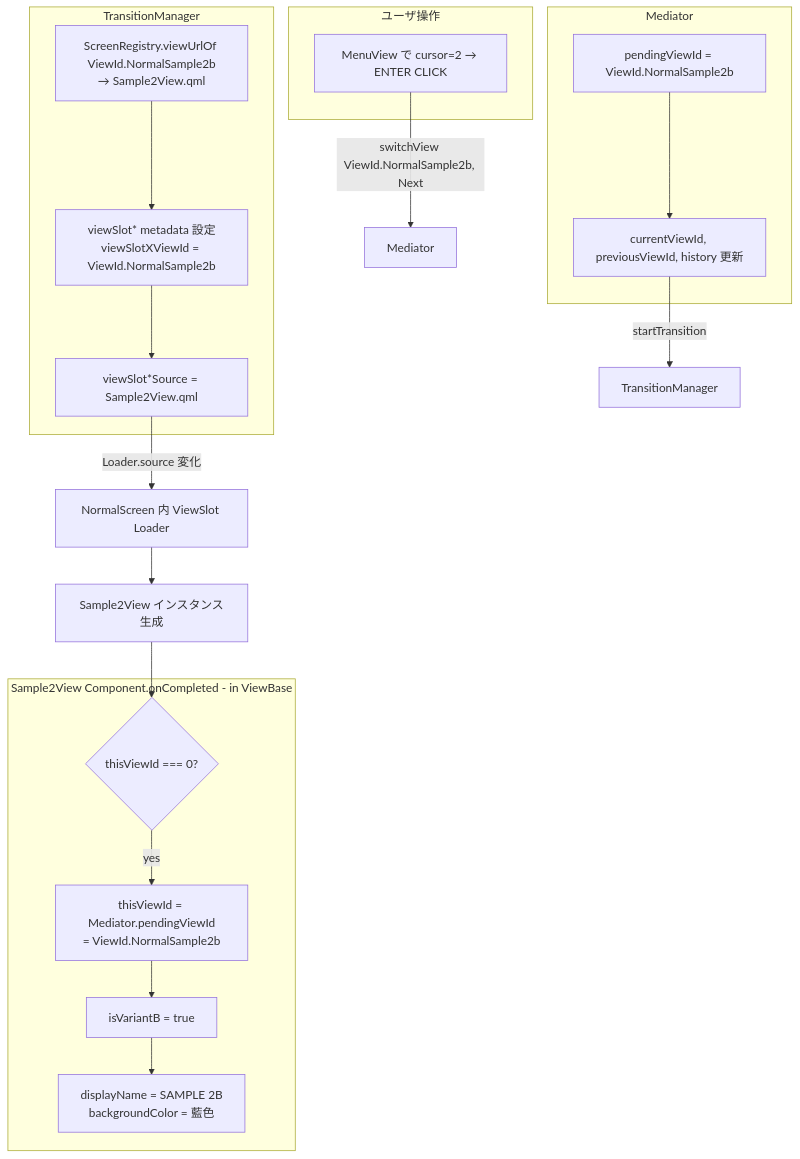
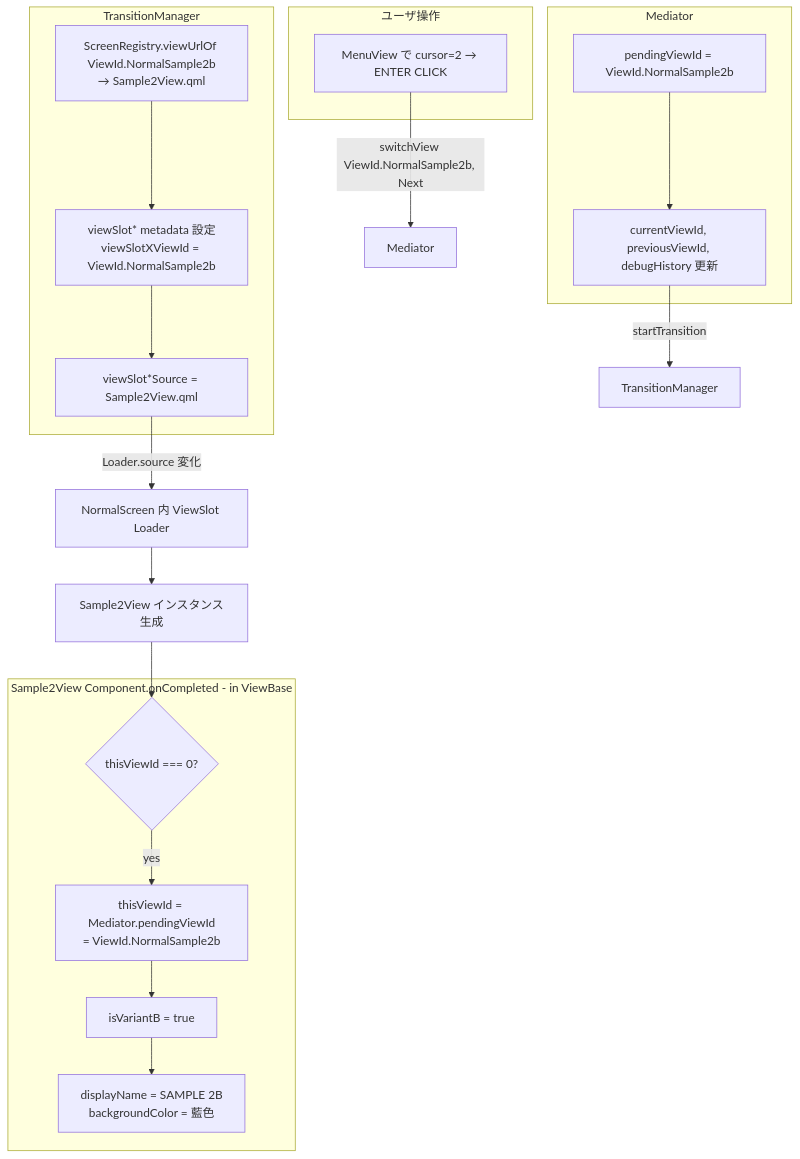
Before and after one commit to yuya-kadono/qul-loader-navigation-poc: the eighth of 11 diagrams in docs/flows.md, drawn with Mermaid. The commit also changed other lines of this file and 14 other files, not shown here.

````diff
--- a/docs/flows.md
+++ b/docs/flows.md
@@ -276,35 +276,35 @@
 ```mermaid
 flowchart TB
     subgraph User操作[ユーザ操作]
         Op[MenuView で cursor=2 → ENTER CLICK]
     end
 
     Op -->|switchView ViewId.NormalSample2b, Next| Med[Mediator]
 
     subgraph Med-処理[Mediator]
         Med1[pendingViewId = ViewId.NormalSample2b]
-        Med2[currentViewId, previousViewId, history 更新]
+        Med2[currentViewId, previousViewId, debugHistory 更新]
         Med1 --> Med2
     end
 
     Med2 -->|startTransition| TM[TransitionManager]
 
     subgraph TM-処理[TransitionManager]
         TM1[ScreenRegistry.viewUrlOf ViewId.NormalSample2b<br>→ Sample2View.qml]
         TM2[viewSlot* metadata 設定<br>viewSlotXViewId = ViewId.NormalSample2b]
         TM3[viewSlot*Source = Sample2View.qml]
         TM1 --> TM2 --> TM3
     end
 
     TM3 -->|Loader.source 変化| L[NormalScreen 内 ViewSlot Loader]
     L --> View[Sample2View インスタンス生成]
 
     subgraph ViewBase-onCompleted[Sample2View Component.onCompleted - in ViewBase]
         V1{thisViewId === 0?}
         V1 -->|yes| V2[thisViewId = Mediator.pendingViewId<br>= ViewId.NormalSample2b]
         V2 --> V3[isVariantB = true]
         V3 --> V4[displayName = SAMPLE 2B<br>backgroundColor = 藍色]
     end
 
     View --> V1
 ```
````
